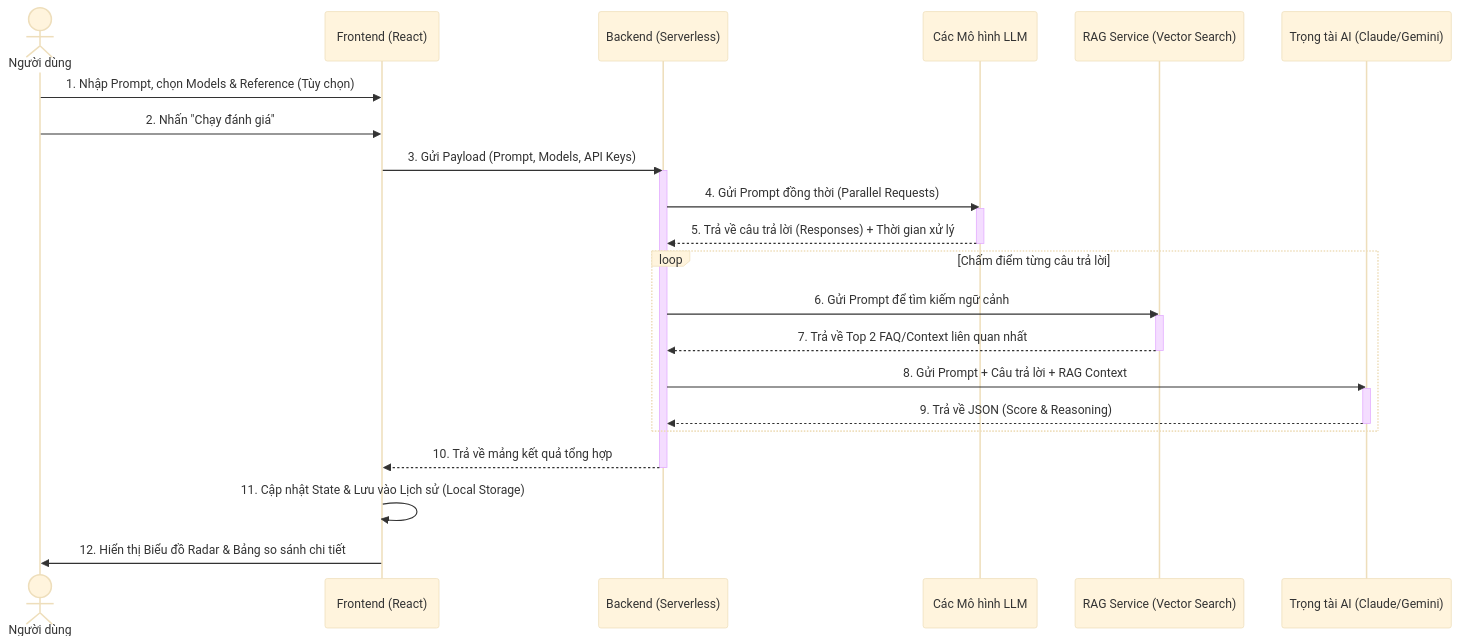
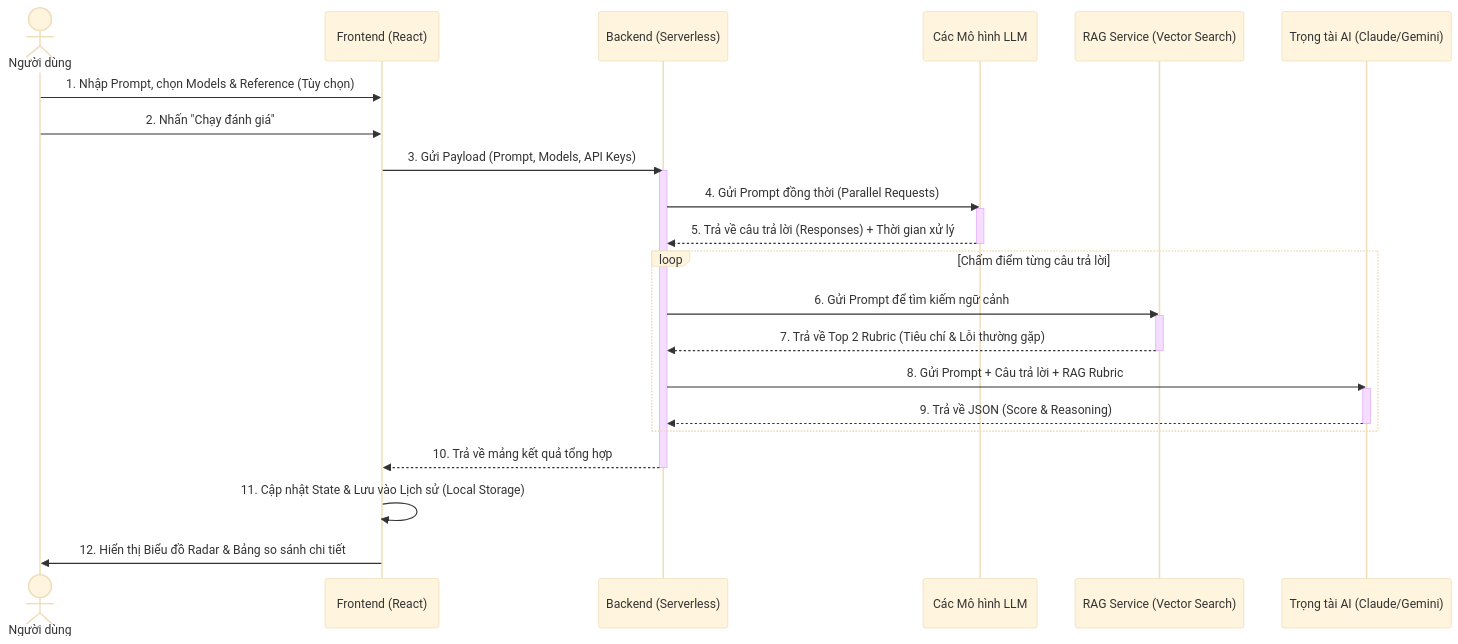
Before and after one commit to TKON2001/demodoan_1: the second of 2 diagrams in README.md, drawn with Mermaid (base theme). The commit also changed other lines of this file and 3 other files, not shown here.

First line of the commit message:
feat: Implement Rubric-based RAG for LLM scoring

````diff
--- a/README.md
+++ b/README.md
@@ -85,37 +91,37 @@
 ```mermaid
 sequenceDiagram
     actor User as Người dùng
     participant UI as Frontend (React)
     participant API as Backend (Serverless)
     participant LLMs as Các Mô hình LLM
     participant RAG as RAG Service (Vector Search)
     participant Judge as Trọng tài AI (Claude/Gemini)
 
     User->>UI: 1. Nhập Prompt, chọn Models & Reference (Tùy chọn)
     User->>UI: 2. Nhấn "Chạy đánh giá"
     UI->>API: 3. Gửi Payload (Prompt, Models, API Keys)
     
     activate API
     API->>LLMs: 4. Gửi Prompt đồng thời (Parallel Requests)
     activate LLMs
     LLMs-->>API: 5. Trả về câu trả lời (Responses) + Thời gian xử lý
     deactivate LLMs
     
     loop Chấm điểm từng câu trả lời
         API->>RAG: 6. Gửi Prompt để tìm kiếm ngữ cảnh
         activate RAG
-        RAG-->>API: 7. Trả về Top 2 FAQ/Context liên quan nhất
+        RAG-->>API: 7. Trả về Top 2 Rubric (Tiêu chí & Lỗi thường gặp)
         deactivate RAG
         
-        API->>Judge: 8. Gửi Prompt + Câu trả lời + RAG Context
+        API->>Judge: 8. Gửi Prompt + Câu trả lời + RAG Rubric
         activate Judge
         Judge-->>API: 9. Trả về JSON (Score & Reasoning)
         deactivate Judge
     end
     
     API-->>UI: 10. Trả về mảng kết quả tổng hợp
     deactivate API
     
     UI->>UI: 11. Cập nhật State & Lưu vào Lịch sử (Local Storage)
     UI->>User: 12. Hiển thị Biểu đồ Radar & Bảng so sánh chi tiết
 ```
````
